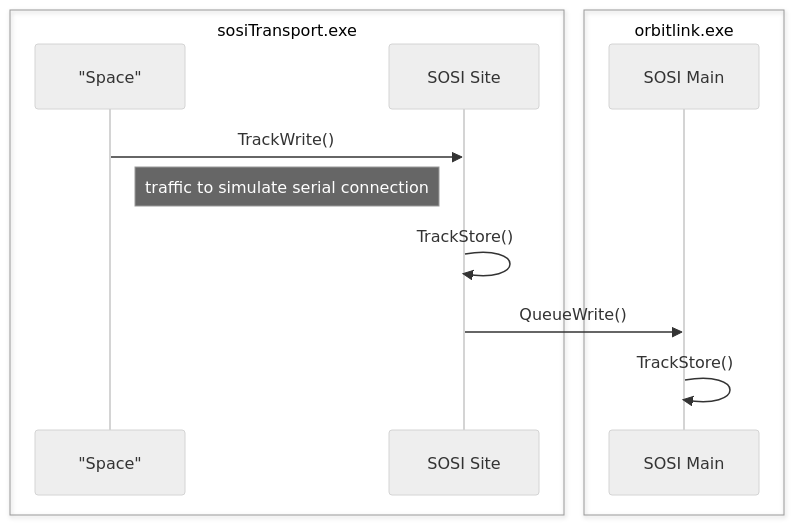
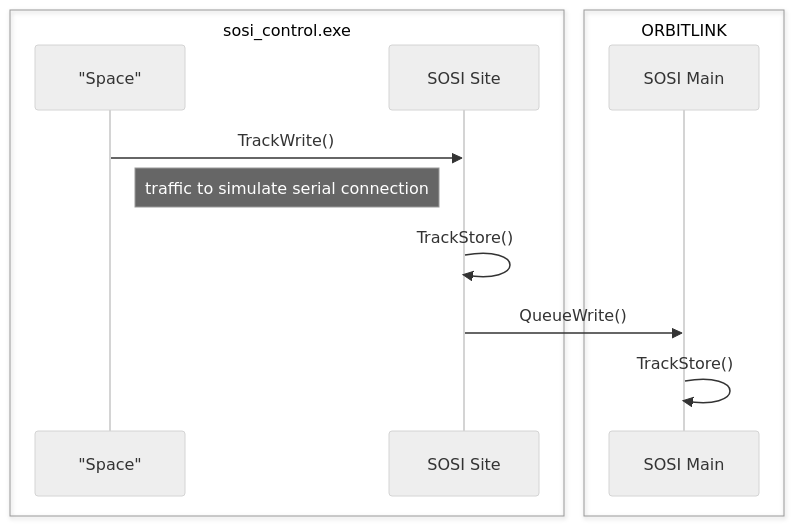
One commit to blues-clues-security/orbitlink changed the first of 3 diagrams in README.md. Above: the diagram before and after it, drawn with Mermaid (neutral theme). The commit also changed other lines of this file and 7 other files, not shown here.

````diff
--- a/README.md
+++ b/README.md
@@ -30,16 +32,16 @@
 ```mermaid
 sequenceDiagram
-box sosiTransport.exe
+box sosi_control.exe
 participant "Space"
 participant SOSI Site
 end
-box orbitlink.exe
+box ORBITLINK
 participant SOSI Main
 end
 
 "Space"->>SOSI Site: TrackWrite()
 Note right of "Space": traffic to simulate serial connection 
 SOSI Site->>SOSI Site: TrackStore()
 SOSI Site->>SOSI Main: QueueWrite()
 SOSI Main->>SOSI Main: TrackStore()
 ```
````
